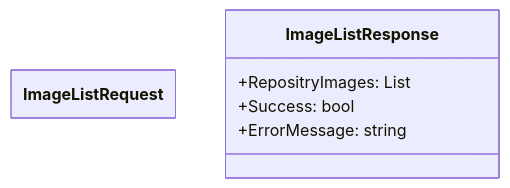
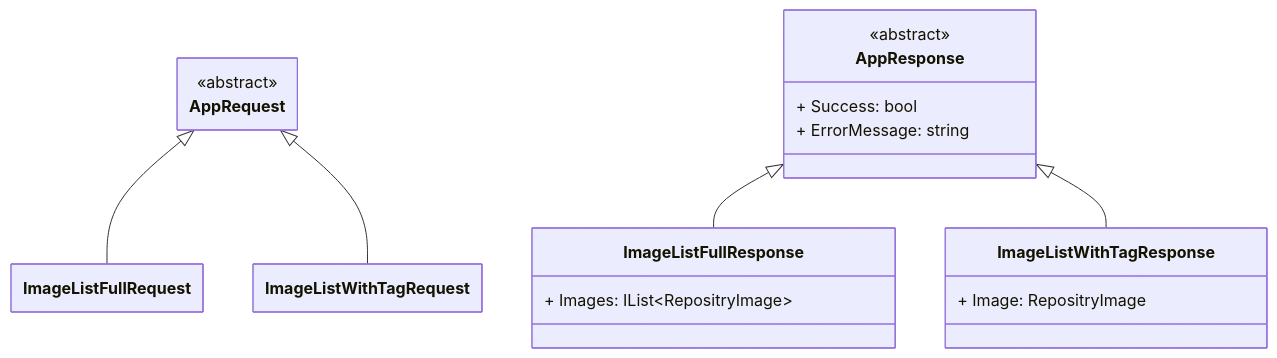
Before and after one commit to sdlfly2000/RegistryManager: the second of 2 diagrams in UML/Application.Service.Image.md, drawn with Mermaid. The commit also changed other lines of this file, not shown here.

Commit message:
[UML] add application service

````diff
--- a/UML/Application.Service.Image.md
+++ b/UML/Application.Service.Image.md
@@ -18,16 +29,39 @@
 ```mermaid
 ---
 config:
     class:
         hideEmptyMembersBox: true
 ---
     classDiagram
-        class ImageListRequest {
+
+        class AppRequest {
+            <<abstract>>
         }
 
-        class ImageListResponse{
-            +RepositryImages: List<RepositryImage>
-            +Success: bool
-            +ErrorMessage: string
+        class AppResponse {
+            <<abstract>>
+            + Success: bool
+            + ErrorMessage: string
         }
+    
+        class ImageListFullRequest {
+        }
+
+        class ImageListWithTagRequest {
+        }
+
+        class ImageListFullResponse{
+            + Images: IList~RepositryImage~
+        }
+
+        class ImageListWithTagResponse{
+            + Image: RepositryImage
+        }
+
+        %%{relationship}%%
+        AppRequest <|-- ImageListFullRequest
+        AppResponse <|--ImageListFullResponse
+        AppRequest <|-- ImageListWithTagRequest
+        AppResponse <|--ImageListWithTagResponse
+
 ```
````
